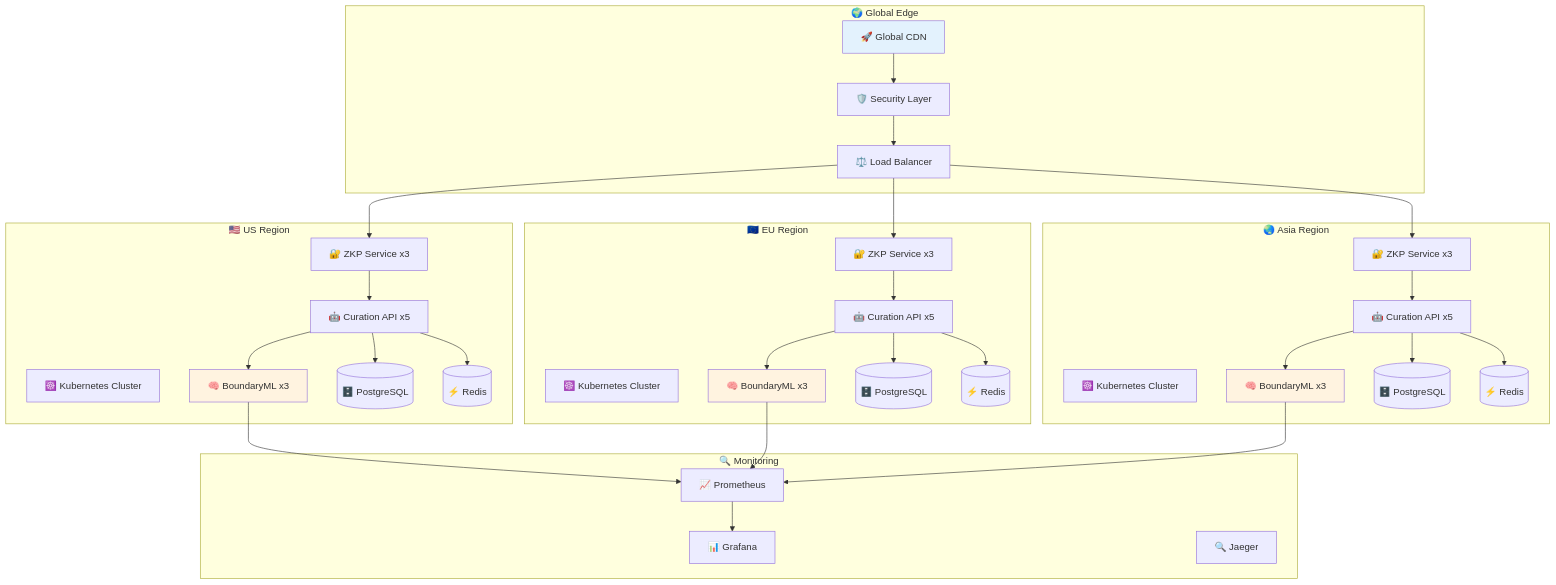
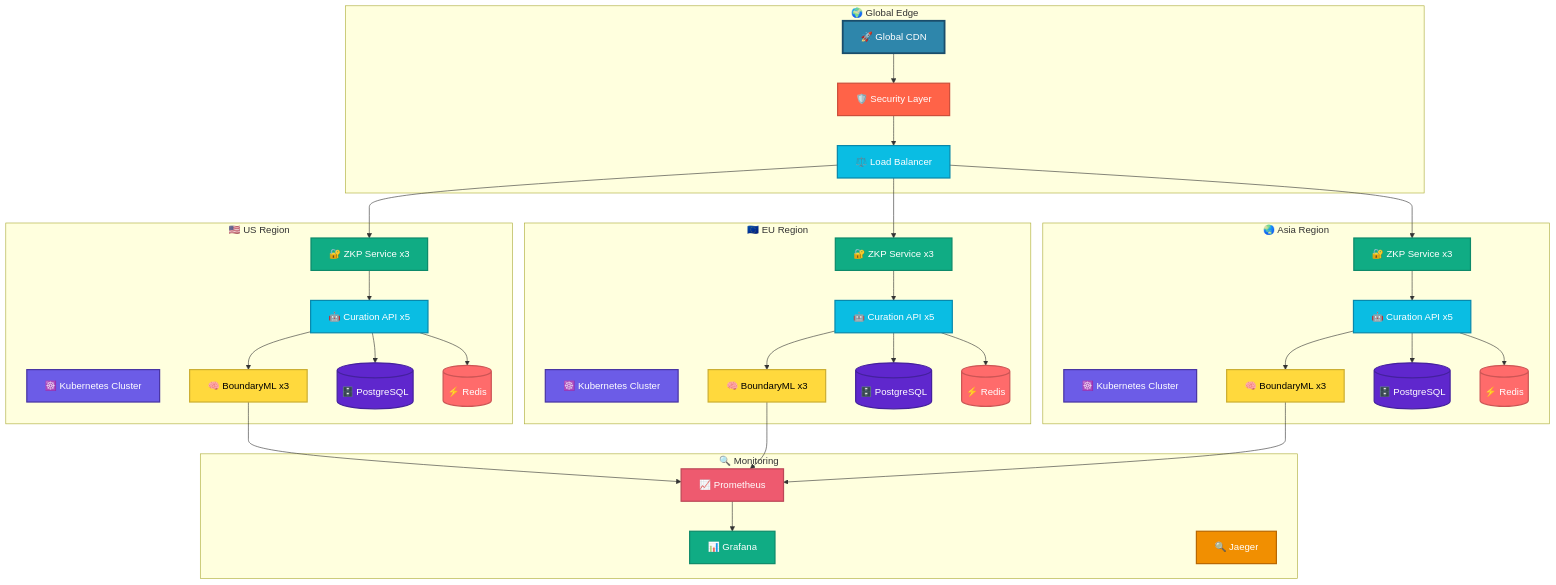
Diagram 11 of 13 in docs/architecture/AI_Curation_Engine_Architecture.md (gitmujoshi/ai-curation-engine-cursor-generated), drawn with Mermaid before and after one commit. The commit also changed other lines of this file and 8 other files, not shown here.

First line of the commit message:
Improve architecture diagrams with professional styling and color schemes

````diff
--- a/docs/architecture/AI_Curation_Engine_Architecture.md
+++ b/docs/architecture/AI_Curation_Engine_Architecture.md
@@ -1794,8 +1832,33 @@
     AS_BML --> PROM
     PROM --> GRAF
     
-    style CDN fill:#e3f2fd
-    style US_BML fill:#fff3e0
-    style EU_BML fill:#fff3e0
-    style AS_BML fill:#fff3e0
+    %% Professional infrastructure color scheme
+    style CDN fill:#2E86AB,stroke:#1A4D6B,stroke-width:3px,color:#fff
+    style LB fill:#0ABDE3,stroke:#0888AB,stroke-width:2px,color:#fff
+    style WAF fill:#FF6348,stroke:#CC4E3A,stroke-width:2px,color:#fff
+    
+    style US_K8S fill:#6C5CE7,stroke:#4834A3,stroke-width:2px,color:#fff
+    style US_ZKP fill:#10AC84,stroke:#0D8A6A,stroke-width:2px,color:#fff
+    style US_API fill:#0ABDE3,stroke:#0888AB,stroke-width:2px,color:#fff
+    style US_BML fill:#FFD93D,stroke:#CCAE31,stroke-width:2px,color:#000
+    style US_DB fill:#5F27CD,stroke:#44219D,stroke-width:2px,color:#fff
+    style US_CACHE fill:#FF6B6B,stroke:#CC5555,stroke-width:2px,color:#fff
+    
+    style EU_K8S fill:#6C5CE7,stroke:#4834A3,stroke-width:2px,color:#fff
+    style EU_ZKP fill:#10AC84,stroke:#0D8A6A,stroke-width:2px,color:#fff
+    style EU_API fill:#0ABDE3,stroke:#0888AB,stroke-width:2px,color:#fff
+    style EU_BML fill:#FFD93D,stroke:#CCAE31,stroke-width:2px,color:#000
+    style EU_DB fill:#5F27CD,stroke:#44219D,stroke-width:2px,color:#fff
+    style EU_CACHE fill:#FF6B6B,stroke:#CC5555,stroke-width:2px,color:#fff
+    
+    style AS_K8S fill:#6C5CE7,stroke:#4834A3,stroke-width:2px,color:#fff
+    style AS_ZKP fill:#10AC84,stroke:#0D8A6A,stroke-width:2px,color:#fff
+    style AS_API fill:#0ABDE3,stroke:#0888AB,stroke-width:2px,color:#fff
+    style AS_BML fill:#FFD93D,stroke:#CCAE31,stroke-width:2px,color:#000
+    style AS_DB fill:#5F27CD,stroke:#44219D,stroke-width:2px,color:#fff
+    style AS_CACHE fill:#FF6B6B,stroke:#CC5555,stroke-width:2px,color:#fff
+    
+    style PROM fill:#EE5A6F,stroke:#BB4757,stroke-width:2px,color:#fff
+    style GRAF fill:#10AC84,stroke:#0D8A6A,stroke-width:2px,color:#fff
+    style TRACE fill:#F18F01,stroke:#B86700,stroke-width:2px,color:#fff
 ```
````
